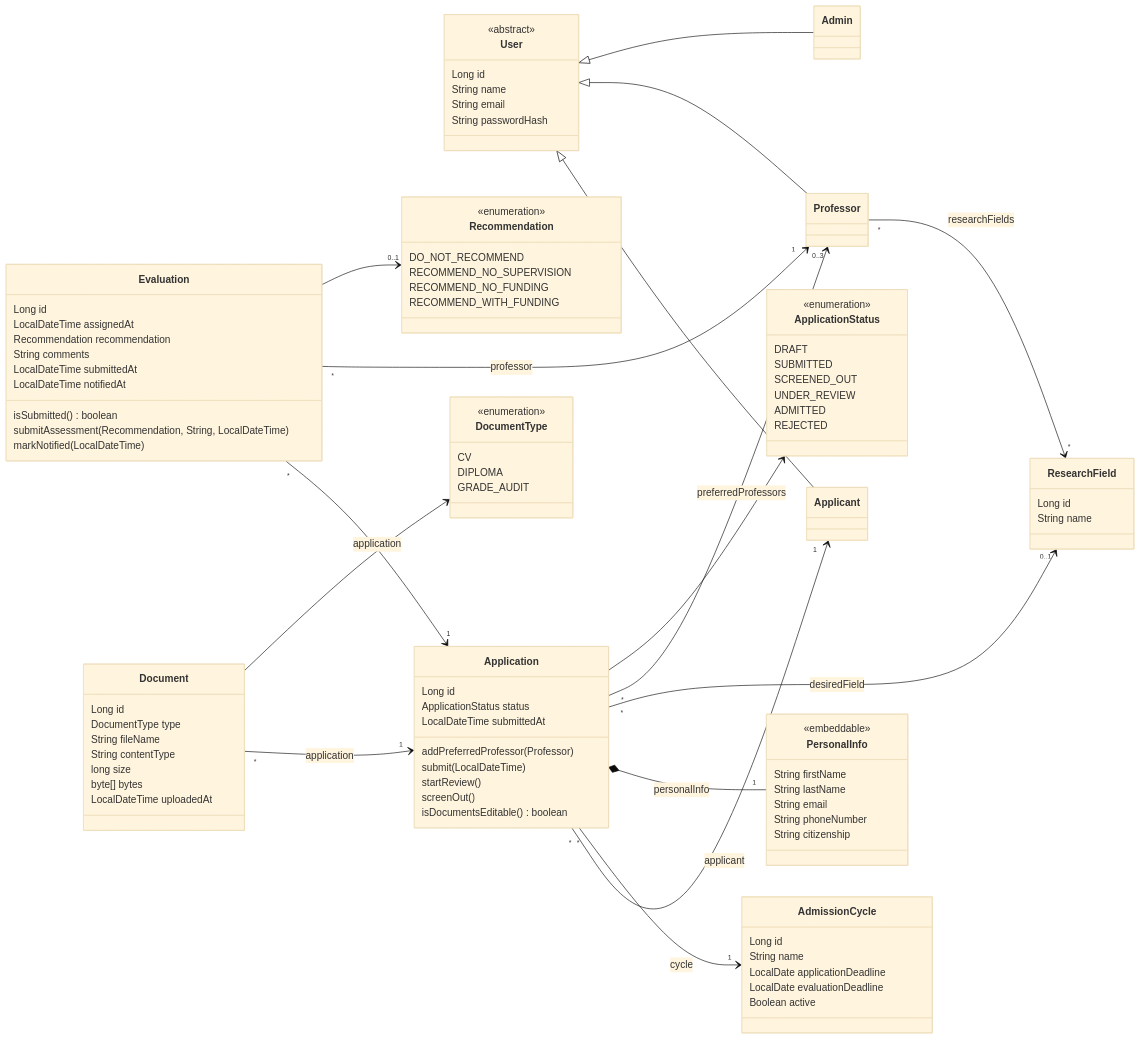
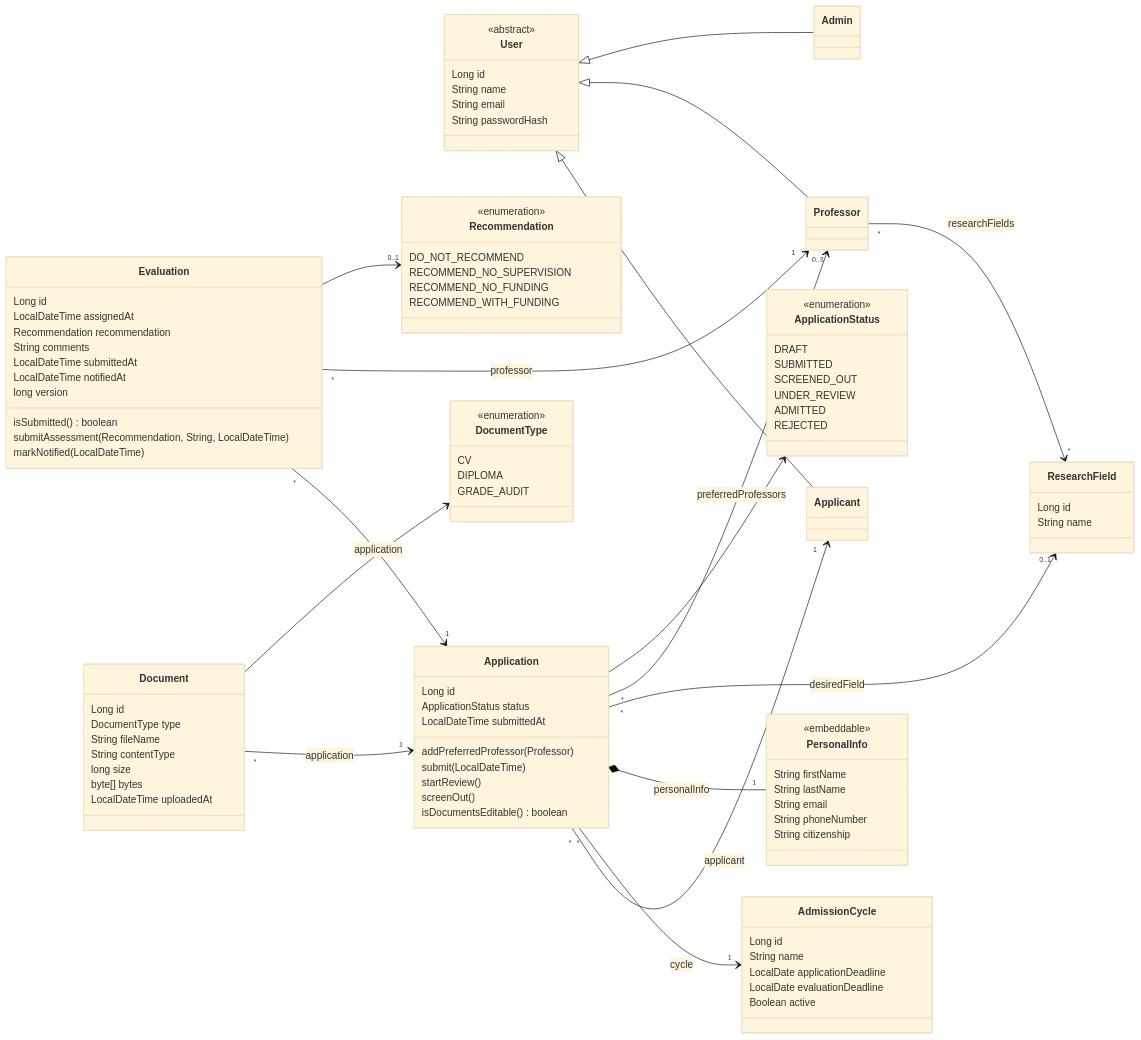
Before and after one commit to sanil04/Graduate-Admissions-Management-System: the first of 3 diagrams in README.md, drawn with Mermaid (base theme). The commit also changed other lines of this file and 1 other file, not shown here.

```diff
--- a/README.md
+++ b/README.md
@@ -203,6 +240,7 @@
         String comments
         LocalDateTime submittedAt
         LocalDateTime notifiedAt
+        long version
         isSubmitted() boolean
         submitAssessment(Recommendation, String, LocalDateTime)
         markNotified(LocalDateTime)
```
